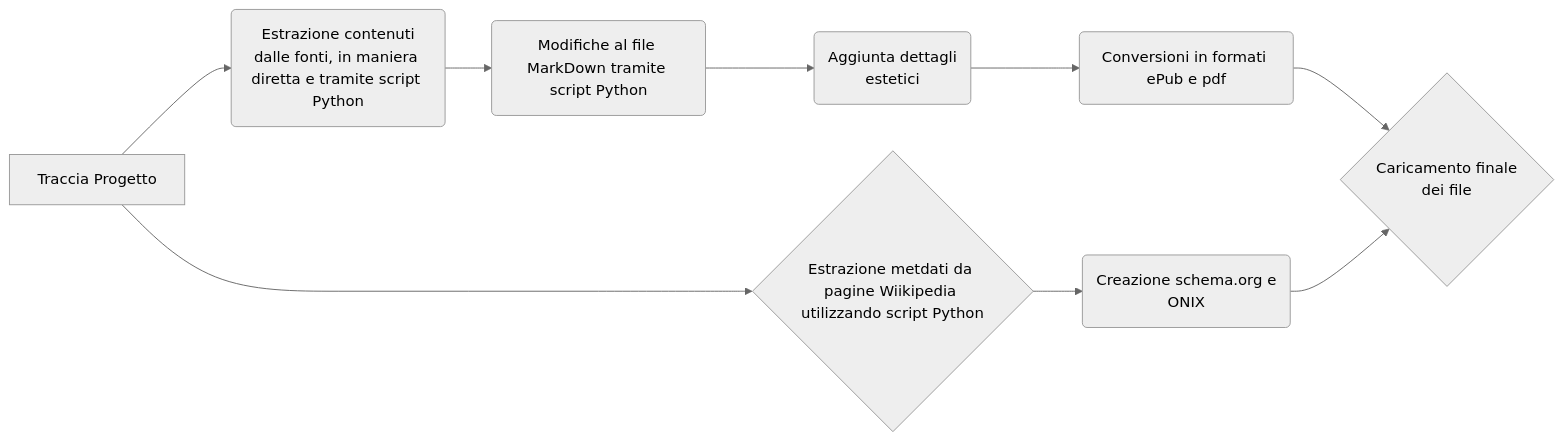
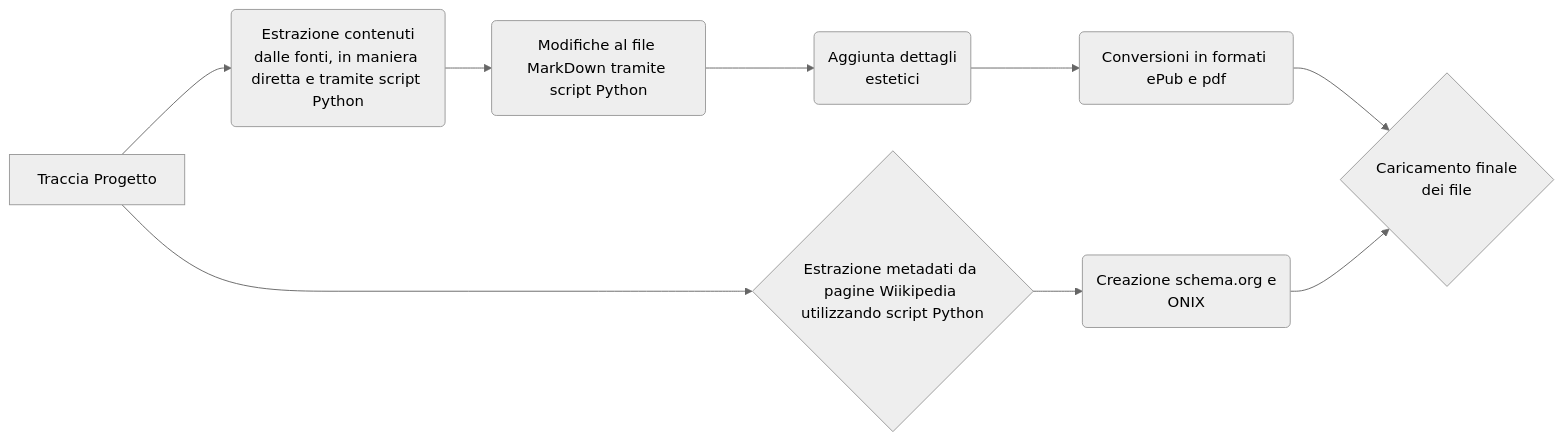
One commit to SimPicc/Editoria-Digitale changed the diagram in README.md. Above: the diagram before and after it, drawn with Mermaid (neutral theme).

````diff
--- a/README.md
+++ b/README.md
@@ -22,17 +22,17 @@
 ```mermaid
 
 graph LR
     A[Traccia Progetto] --> B(Estrazione contenuti
 dalle fonti, in maniera diretta e tramite script Python)
-    A --> C{Estrazione metdati da pagine Wiikipedia utilizzando script Python}
+    A --> C{Estrazione metadati da pagine Wiikipedia utilizzando script Python}
     B --> D(Modifiche al file MarkDown tramite script Python)
     D --> E(Aggiunta dettagli
 estetici)
     C --> F(Creazione schema.org e
 ONIX)
     E --> G(Conversioni in formati ePub e pdf)
     G --> H{Caricamento finale
 dei file}
     F --> H
 
 ```
````
